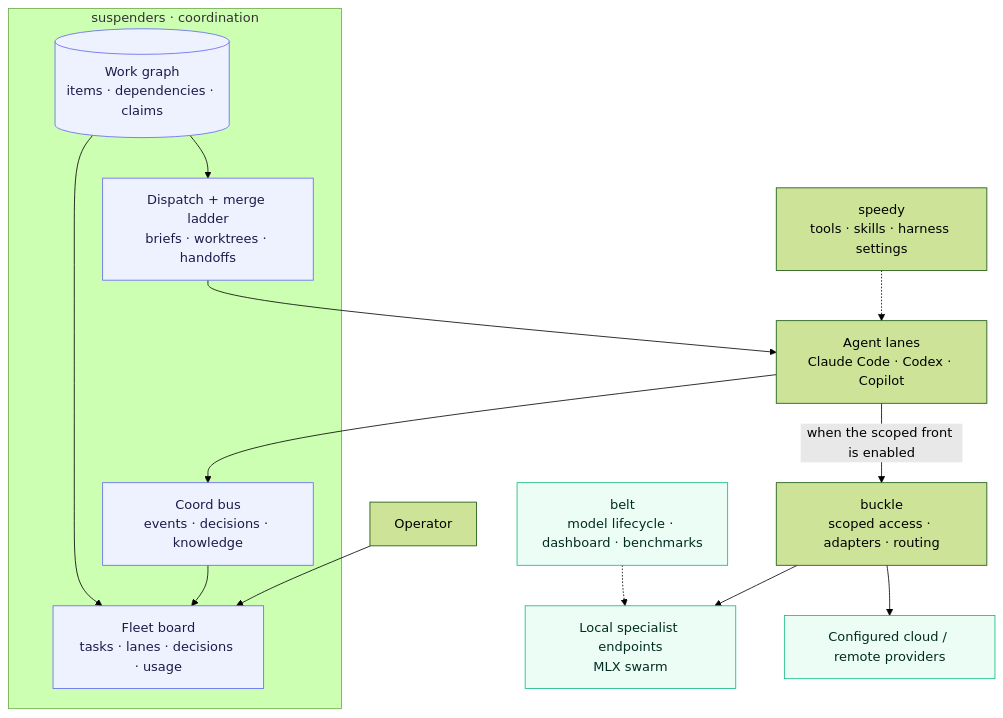
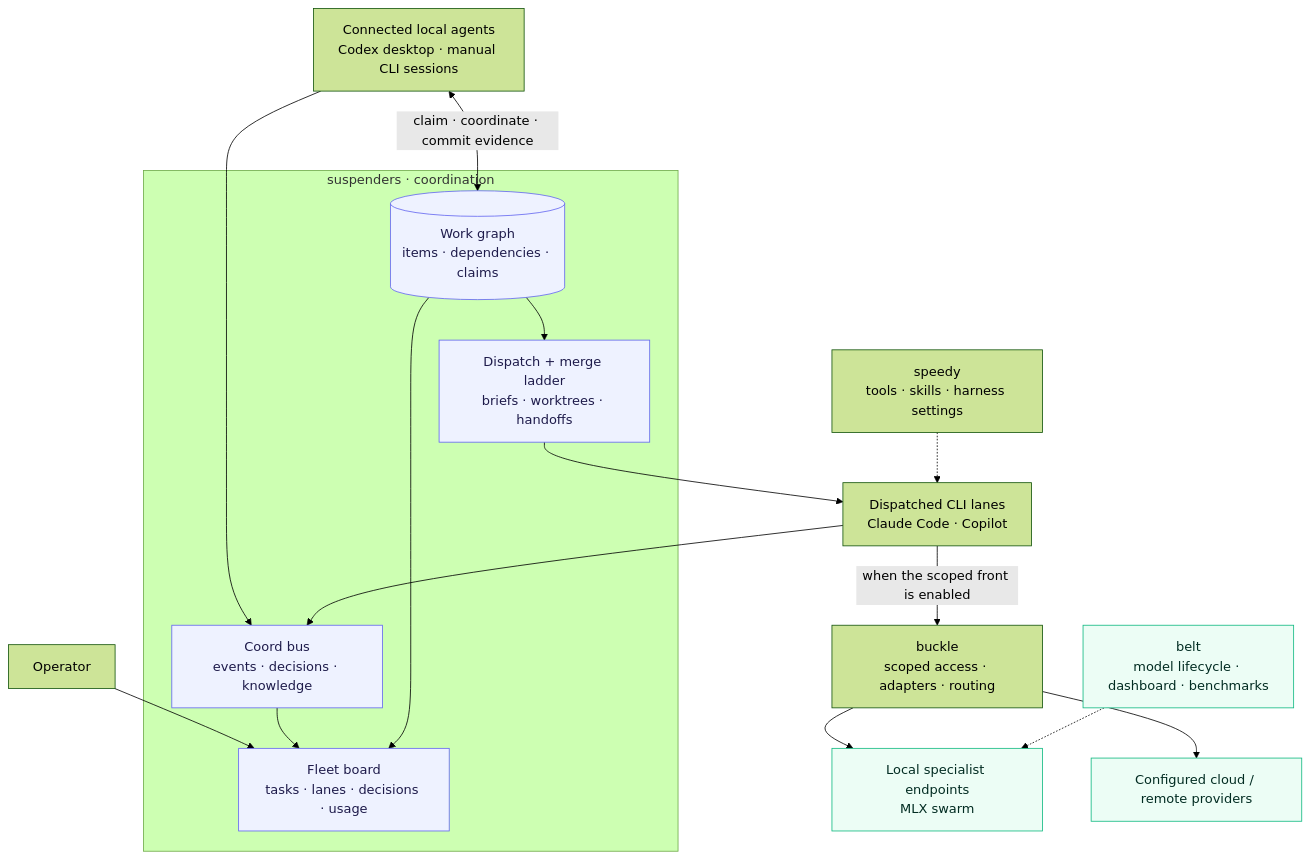
Before and after one commit to klh/fleet: the first of 2 diagrams in README.md, drawn with Mermaid (forest theme). The commit also changed other lines of this file, not shown here.

Commit message:
docs: explain cross-agent Fleet handoffs and deployment examples

````diff
--- a/README.md
+++ b/README.md
@@ -149,33 +237,36 @@
 ```mermaid
 flowchart TB
   OP["Operator"]
   ENV["speedy<br/>tools · skills · harness settings"]
 
   subgraph CONTROL["suspenders · coordination"]
     WORK[("Work graph<br/>items · dependencies · claims")]
     BUS["Coord bus<br/>events · decisions · knowledge"]
     DISPATCH["Dispatch + merge ladder<br/>briefs · worktrees · handoffs"]
     BOARD["Fleet board<br/>tasks · lanes · decisions · usage"]
   end
 
-  AGENTS["Agent lanes<br/>Claude Code · Codex · Copilot"]
+  AGENTS["Dispatched CLI lanes<br/>Claude Code · Copilot"]
+  MANUAL["Connected local agents<br/>Codex desktop · manual CLI sessions"]
   GATE["buckle<br/>scoped access · adapters · routing"]
   LOCAL["Local specialist endpoints<br/>MLX swarm"]
   CLOUD["Configured cloud / remote providers"]
   BELT["belt<br/>model lifecycle · dashboard · benchmarks"]
 
   OP --> BOARD
   ENV -.-> AGENTS
   WORK --> DISPATCH --> AGENTS
+  MANUAL <-->|"claim · coordinate · commit evidence"| WORK
+  MANUAL --> BUS
   AGENTS --> BUS --> BOARD
   WORK --> BOARD
   AGENTS -->|"when the scoped front is enabled"| GATE
   GATE --> LOCAL
   GATE --> CLOUD
   BELT -.-> LOCAL
 
   classDef plane fill:#eef2ff,stroke:#6366f1,color:#1e1b4b;
   classDef model fill:#ecfdf5,stroke:#10b981,color:#022c22;
   class WORK,BUS,DISPATCH,BOARD plane;
   class LOCAL,CLOUD,BELT model;
 ```
````
